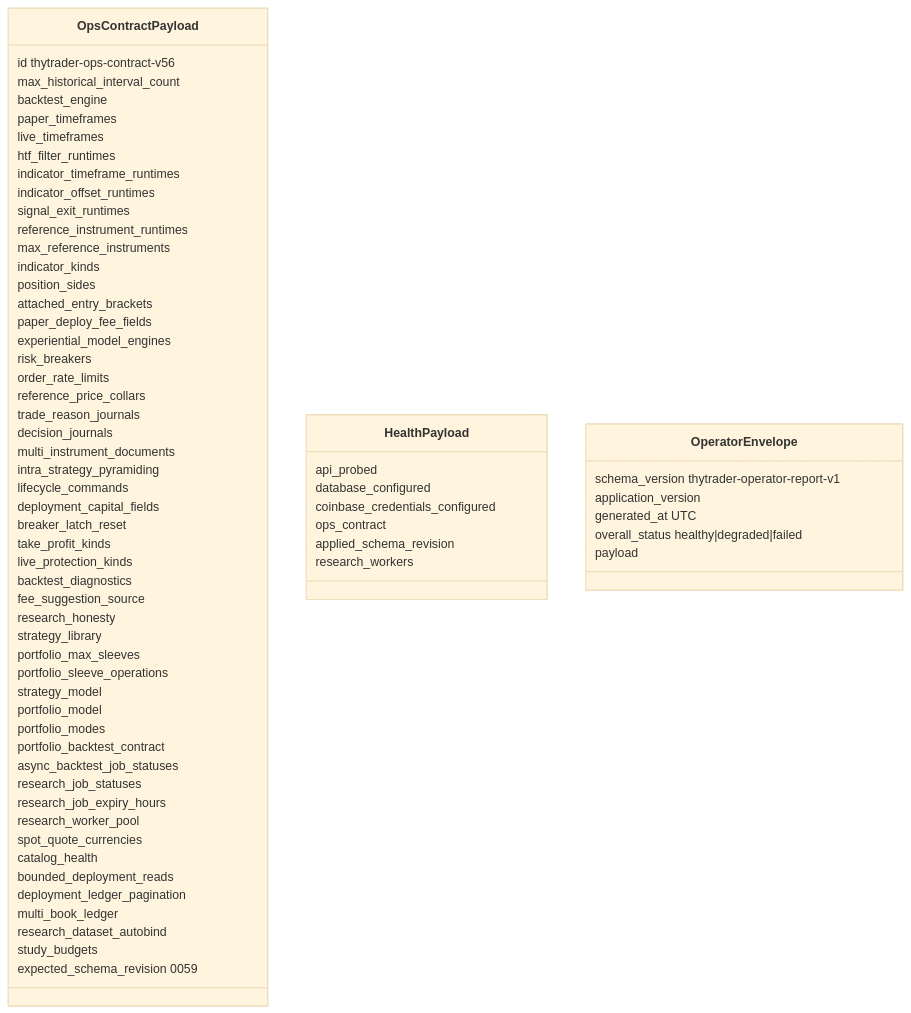
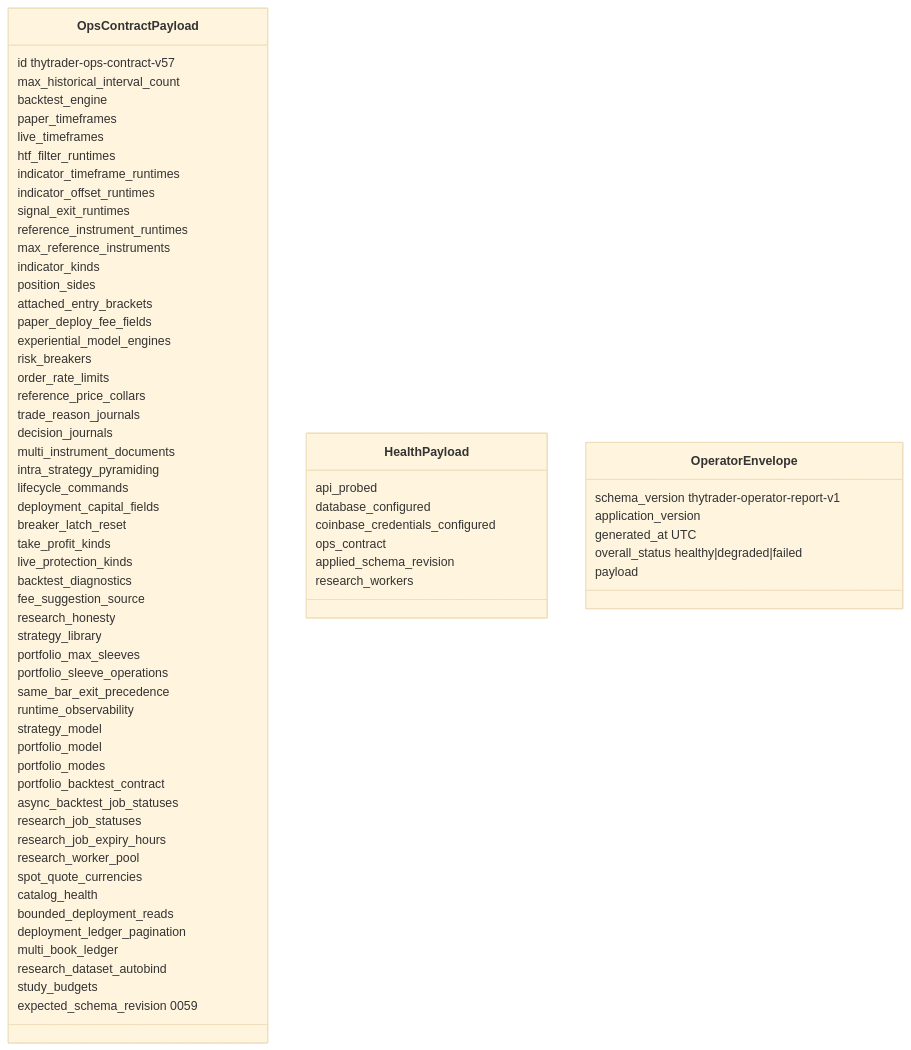
The diagram in docs/architecture/contracts/ops-contract.md (Zoltesh/thytrader), drawn with Mermaid (base theme) before and after one commit. The commit also changed other lines of this file and 40 other files, not shown here.

````diff
--- a/docs/architecture/contracts/ops-contract.md
+++ b/docs/architecture/contracts/ops-contract.md
@@ -69,70 +71,72 @@
 ```mermaid
 classDiagram
   class OpsContractPayload {
-    id thytrader-ops-contract-v56
+    id thytrader-ops-contract-v57
     max_historical_interval_count
     backtest_engine
     paper_timeframes
     live_timeframes
     htf_filter_runtimes
     indicator_timeframe_runtimes
     indicator_offset_runtimes
     signal_exit_runtimes
     reference_instrument_runtimes
     max_reference_instruments
     indicator_kinds
     position_sides
     attached_entry_brackets
     paper_deploy_fee_fields
     experiential_model_engines
     risk_breakers
     order_rate_limits
     reference_price_collars
     trade_reason_journals
     decision_journals
     multi_instrument_documents
     intra_strategy_pyramiding
     lifecycle_commands
     deployment_capital_fields
     breaker_latch_reset
     take_profit_kinds
     live_protection_kinds
     backtest_diagnostics
     fee_suggestion_source
     research_honesty
     strategy_library
     portfolio_max_sleeves
     portfolio_sleeve_operations
+    same_bar_exit_precedence
+    runtime_observability
     strategy_model
     portfolio_model
     portfolio_modes
     portfolio_backtest_contract
     async_backtest_job_statuses
     research_job_statuses
     research_job_expiry_hours
     research_worker_pool
     spot_quote_currencies
     catalog_health
     bounded_deployment_reads
     deployment_ledger_pagination
     multi_book_ledger
     research_dataset_autobind
     study_budgets
     expected_schema_revision 0059
   }
   class HealthPayload {
     api_probed
     database_configured
     coinbase_credentials_configured
     ops_contract
     applied_schema_revision
     research_workers
   }
   class OperatorEnvelope {
     schema_version thytrader-operator-report-v1
     application_version
     generated_at UTC
     overall_status healthy|degraded|failed
     payload
   }
 ```
````
